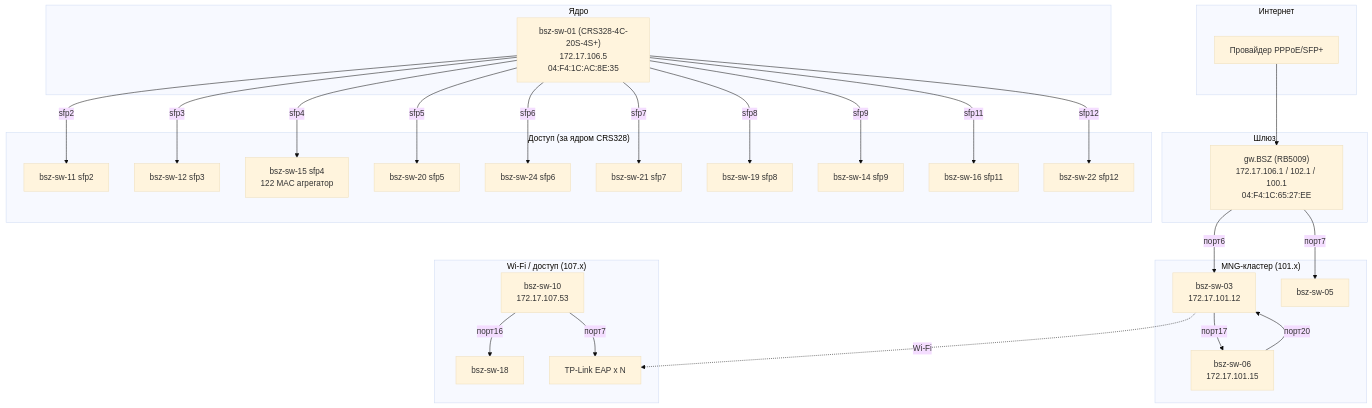
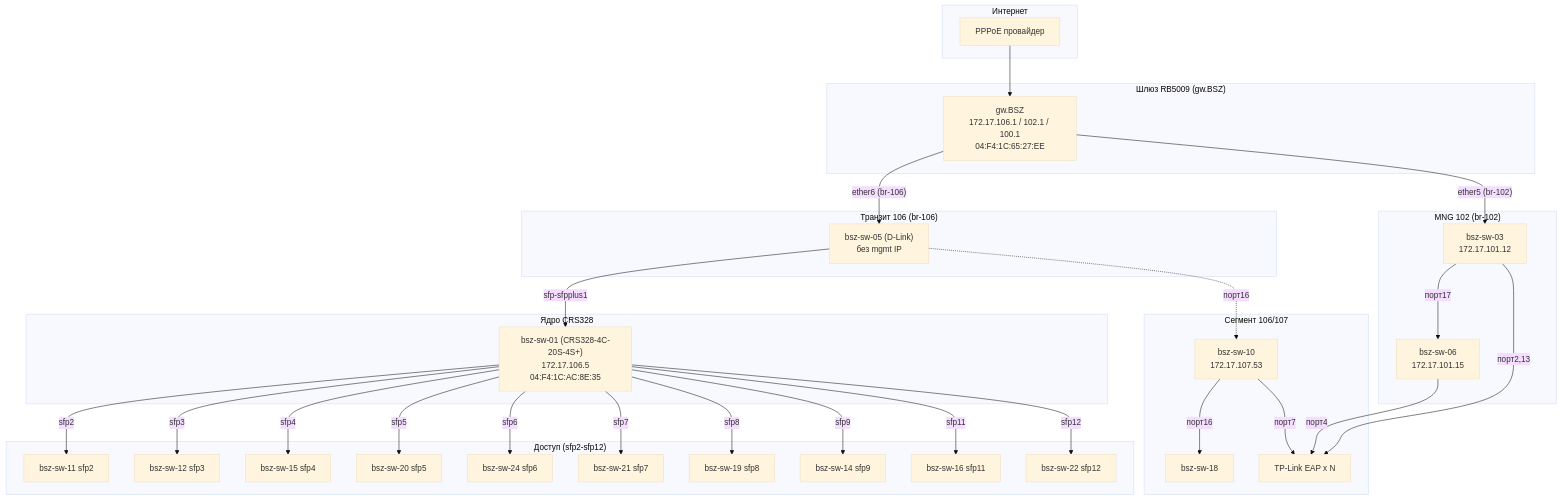
The diagram in topology.md (pbolkhovitin/bsz), drawn with Mermaid (base theme) before and after one commit. The commit also changed other lines of this file and 1 other file, not shown here.

Commit message:
Топология: исправлены связи (ether6→bsz-sw-05→CRS328 sfp-sfpplus1, ether5→bsz-sw-03), актуальные LLDP/FDB

````diff
--- a/topology.md
+++ b/topology.md
@@ -9,60 +9,65 @@
 ```mermaid
 graph TB
     subgraph WAN["Интернет"]
-        ISP[Провайдер PPPoE/SFP+]
+        ISP[PPPoE провайдер]
     end
 
-    subgraph GW["Шлюз"]
-        RB["gw.BSZ (RB5009)<br/>172.17.106.1 / 102.1 / 100.1<br/>04:F4:1C:65:27:EE"]
+    subgraph GW["Шлюз RB5009 (gw.BSZ)"]
+        RB["gw.BSZ<br/>172.17.106.1 / 102.1 / 100.1<br/>04:F4:1C:65:27:EE"]
     end
 
-    subgraph CORE["Ядро"]
+    subgraph TRANSIT["Транзит 106 (br-106)"]
+        SW05["bsz-sw-05 (D-Link)<br/>без mgmt IP"]
+    end
+
+    subgraph CORE["Ядро CRS328"]
         CRS["bsz-sw-01 (CRS328-4C-20S-4S+)<br/>172.17.106.5<br/>04:F4:1C:AC:8E:35"]
     end
 
-    subgraph ACC["Доступ (за ядром CRS328)"]
+    subgraph ACC["Доступ (sfp2-sfp12)"]
         SW11[bsz-sw-11 sfp2]
         SW12[bsz-sw-12 sfp3]
-        SW15[bsz-sw-15 sfp4<br/>122 MAC агрегатор]
+        SW15[bsz-sw-15 sfp4]
         SW20[bsz-sw-20 sfp5]
         SW24[bsz-sw-24 sfp6]
         SW21[bsz-sw-21 sfp7]
         SW19[bsz-sw-19 sfp8]
         SW14[bsz-sw-14 sfp9]
         SW16[bsz-sw-16 sfp11]
         SW22[bsz-sw-22 sfp12]
     end
 
-    subgraph MGMT["MNG-кластер (101.x)"]
+    subgraph MGMT["MNG 102 (br-102)"]
         SW03["bsz-sw-03<br/>172.17.101.12"]
         SW06["bsz-sw-06<br/>172.17.101.15"]
-        SW05["bsz-sw-05"]
     end
 
-    subgraph WIFI["Wi-Fi / доступ (107.x)"]
+    subgraph SEG106["Сегмент 106/107"]
         SW10["bsz-sw-10<br/>172.17.107.53"]
         SW18[bsz-sw-18]
-        EAP[TP-Link EAP x N]
+        EAPs[TP-Link EAP x N]
     end
 
     ISP --> RB
-    RB -- "порт6" --> SW03
-    RB -- "порт7" --> SW05
+    RB -- "ether6 (br-106)" --> SW05
+    SW05 -- "sfp-sfpplus1" --> CRS
+    RB -- "ether5 (br-102)" --> SW03
     SW03 -- "порт17" --> SW06
-    SW06 -- "порт20" --> SW03
 
     CRS -- "sfp2" --> SW11
     CRS -- "sfp3" --> SW12
     CRS -- "sfp4" --> SW15
     CRS -- "sfp5" --> SW20
     CRS -- "sfp6" --> SW24
     CRS -- "sfp7" --> SW21
     CRS -- "sfp8" --> SW19
     CRS -- "sfp9" --> SW14
     CRS -- "sfp11" --> SW16
     CRS -- "sfp12" --> SW22
 
+    SW05 -. "порт16" .-> SW10
     SW10 -- "порт16" --> SW18
-    SW10 -- "порт7" --> EAP
-    SW03 -.->|Wi-Fi| EAP
+    SW10 -- "порт7" --> EAPs
+    SW03 -- "порт2,13" --> EAPs
+    SW06 -- "порт4" --> EAPs
 ```
````
